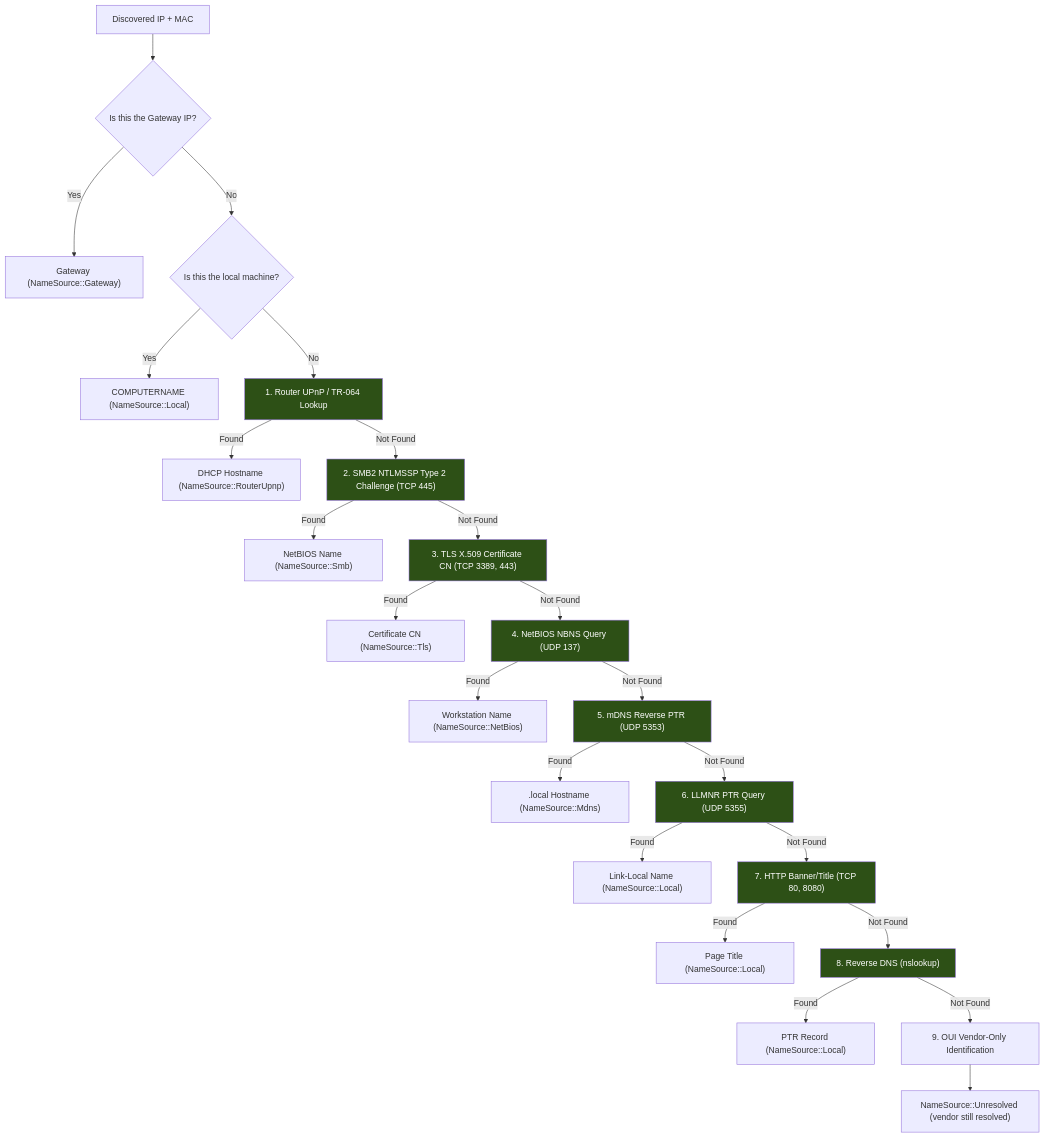
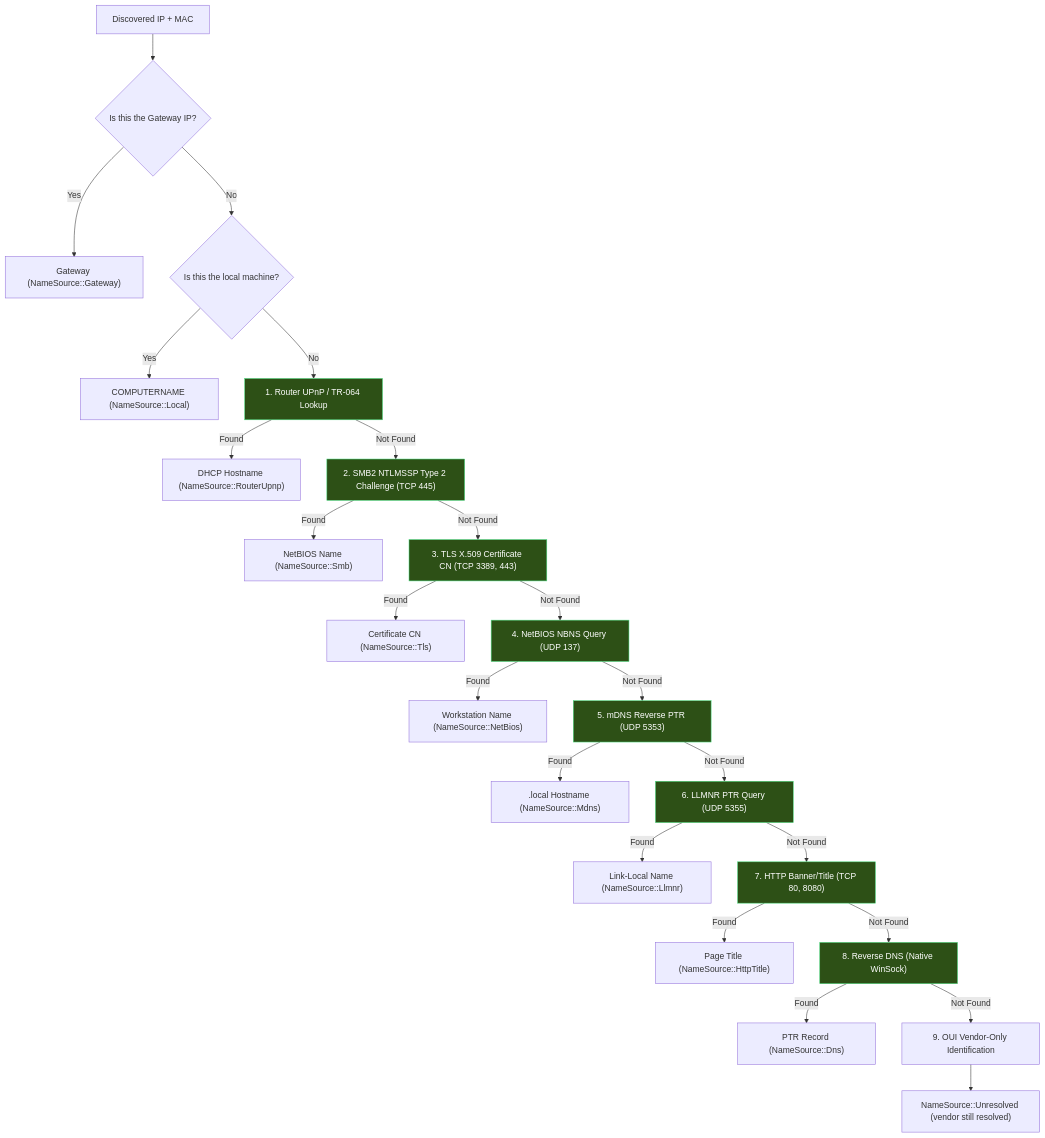
The fourth of 14 diagrams in README.md (Neutron-0/Rustrict), drawn with Mermaid before and after one commit. The commit also changed other lines of this file and 1 other file, not shown here.

First line of the commit message:
docs(readme,changelog): fix Mermaid diagram syntax and document L2 blackholing

````diff
--- a/README.md
+++ b/README.md
@@ -282,43 +282,37 @@
 ```mermaid
 flowchart TD
     Start["Discovered IP + MAC"] --> GatewayCheck{"Is this the Gateway IP?"}
     GatewayCheck -->|Yes| GWLabel["Gateway (NameSource::Gateway)"]
     GatewayCheck -->|No| LocalCheck{"Is this the local machine?"}
     LocalCheck -->|Yes| LocalLabel["COMPUTERNAME (NameSource::Local)"]
     LocalCheck -->|No| UPnP["1. Router UPnP / TR-064 Lookup"]
 
     UPnP -->|Found| UPnPResult["DHCP Hostname (NameSource::RouterUpnp)"]
     UPnP -->|Not Found| SMB["2. SMB2 NTLMSSP Type 2 Challenge (TCP 445)"]
 
     SMB -->|Found| SMBResult["NetBIOS Name (NameSource::Smb)"]
     SMB -->|Not Found| TLS["3. TLS X.509 Certificate CN (TCP 3389, 443)"]
 
     TLS -->|Found| TLSResult["Certificate CN (NameSource::Tls)"]
     TLS -->|Not Found| NetBIOS["4. NetBIOS NBNS Query (UDP 137)"]
 
     NetBIOS -->|Found| NBResult["Workstation Name (NameSource::NetBios)"]
     NetBIOS -->|Not Found| mDNS["5. mDNS Reverse PTR (UDP 5353)"]
 
     mDNS -->|Found| mDNSResult[".local Hostname (NameSource::Mdns)"]
     mDNS -->|Not Found| LLMNR["6. LLMNR PTR Query (UDP 5355)"]
 
-    LLMNR -->|Found| LLMNRResult["Link-Local Name (NameSource::Local)"]
+    LLMNR -->|Found| LLMNRResult["Link-Local Name (NameSource::Llmnr)"]
     LLMNR -->|Not Found| HTTP["7. HTTP Banner/Title (TCP 80, 8080)"]
 
-    HTTP -->|Found| HTTPResult["Page Title (NameSource::Local)"]
-    HTTP -->|Not Found| RDNS["8. Reverse DNS (nslookup)"]
+    HTTP -->|Found| HTTPResult["Page Title (NameSource::HttpTitle)"]
+    HTTP -->|Not Found| RDNS["8. Reverse DNS (Native WinSock)"]
 
-    RDNS -->|Found| RDNSResult["PTR Record (NameSource::Local)"]
+    RDNS -->|Found| RDNSResult["PTR Record (NameSource::Dns)"]
     RDNS -->|Not Found| OUI["9. OUI Vendor-Only Identification"]
 
     OUI --> Unresolved["NameSource::Unresolved (vendor still resolved)"]
 
-    style UPnP fill:#2d5016,color:#fff
-    style SMB fill:#2d5016,color:#fff
-    style TLS fill:#2d5016,color:#fff
-    style NetBIOS fill:#2d5016,color:#fff
-    style mDNS fill:#2d5016,color:#fff
-    style LLMNR fill:#2d5016,color:#fff
-    style HTTP fill:#2d5016,color:#fff
-    style RDNS fill:#2d5016,color:#fff
+    classDef resolved fill:#2d5016,stroke:#4ade80,color:#fff;
+    class UPnP,SMB,TLS,NetBIOS,mDNS,LLMNR,HTTP,RDNS resolved;
 ```
````
